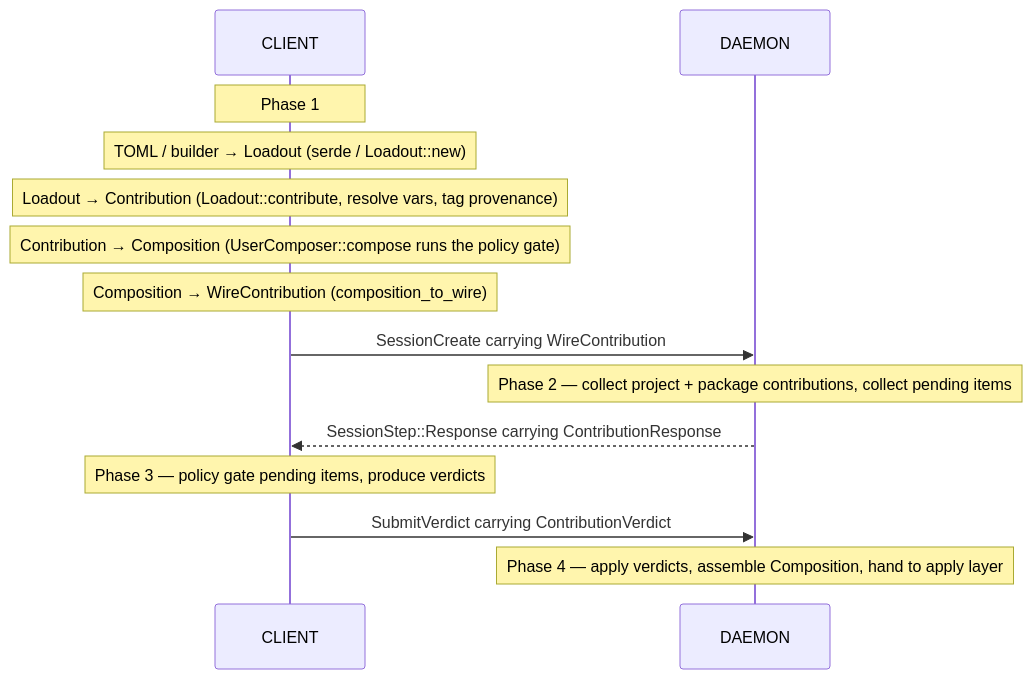
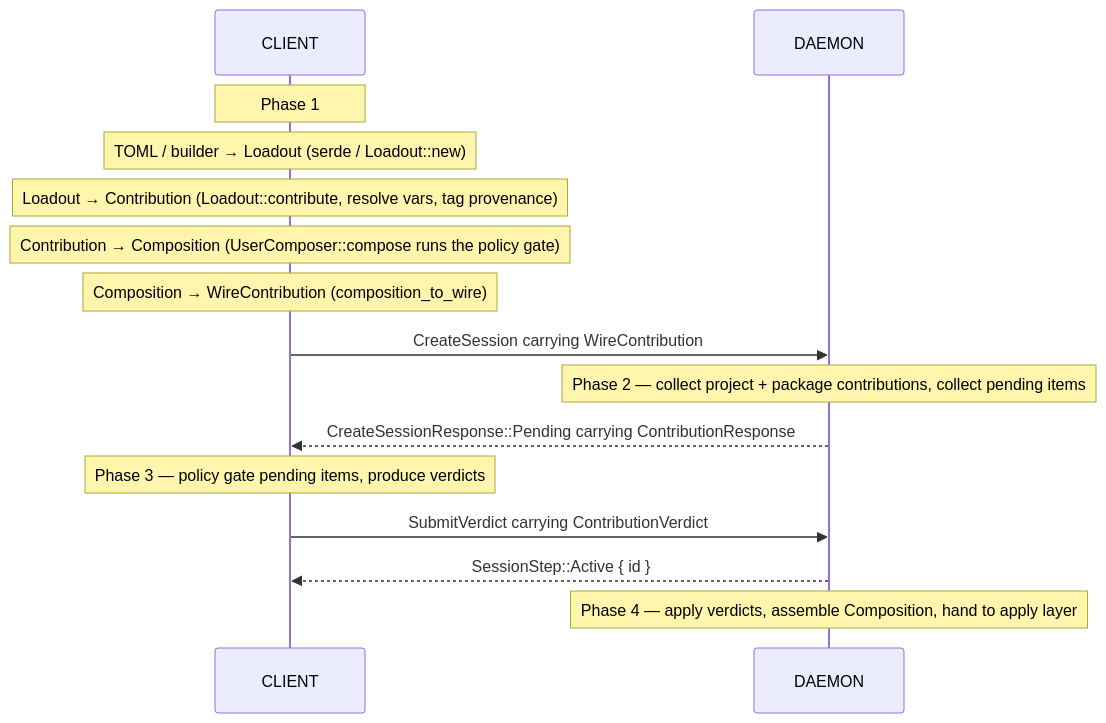
One commit to gominimal/minimal changed the first of 2 diagrams in crates/sessions/docs/COMPOSITION.md. Above: the diagram before and after it, drawn with Mermaid. The commit also changed 7 other files, not shown here.

Commit message:
chore(sessions): loadouts flow cleanup

````diff
--- a/crates/sessions/docs/COMPOSITION.md
+++ b/crates/sessions/docs/COMPOSITION.md
@@ -21,17 +21,18 @@
 ```mermaid
 sequenceDiagram
     participant C as CLIENT
     participant D as DAEMON
 
     Note over C: Phase 1
     Note over C: TOML / builder → Loadout (serde / Loadout::new)
     Note over C: Loadout → Contribution (Loadout::contribute, resolve vars, tag provenance)
     Note over C: Contribution → Composition (UserComposer::compose runs the policy gate)
     Note over C: Composition → WireContribution (composition_to_wire)
-    C->>D: SessionCreate carrying WireContribution
+    C->>D: CreateSession carrying WireContribution
     Note over D: Phase 2 — collect project + package contributions, collect pending items
-    D-->>C: SessionStep::Response carrying ContributionResponse
+    D-->>C: CreateSessionResponse::Pending carrying ContributionResponse
     Note over C: Phase 3 — policy gate pending items, produce verdicts
     C->>D: SubmitVerdict carrying ContributionVerdict
+    D-->>C: SessionStep::Active { id }
     Note over D: Phase 4 — apply verdicts, assemble Composition, hand to apply layer
 ```
````
